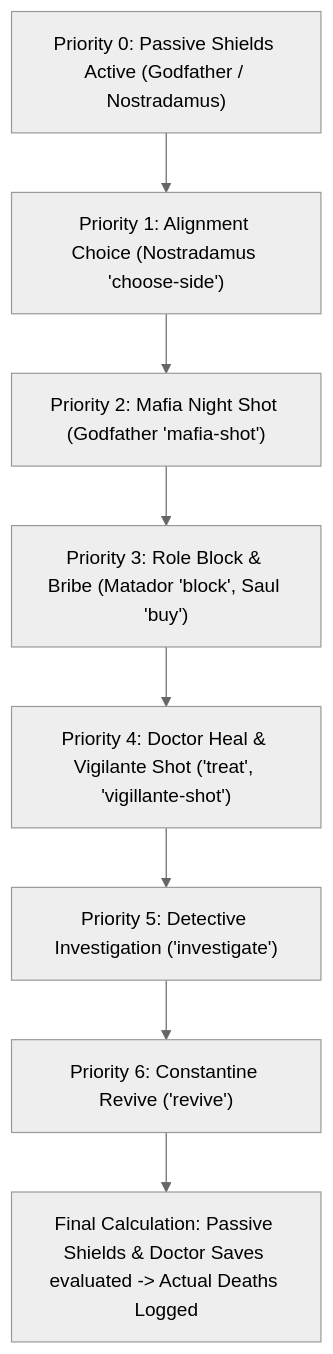
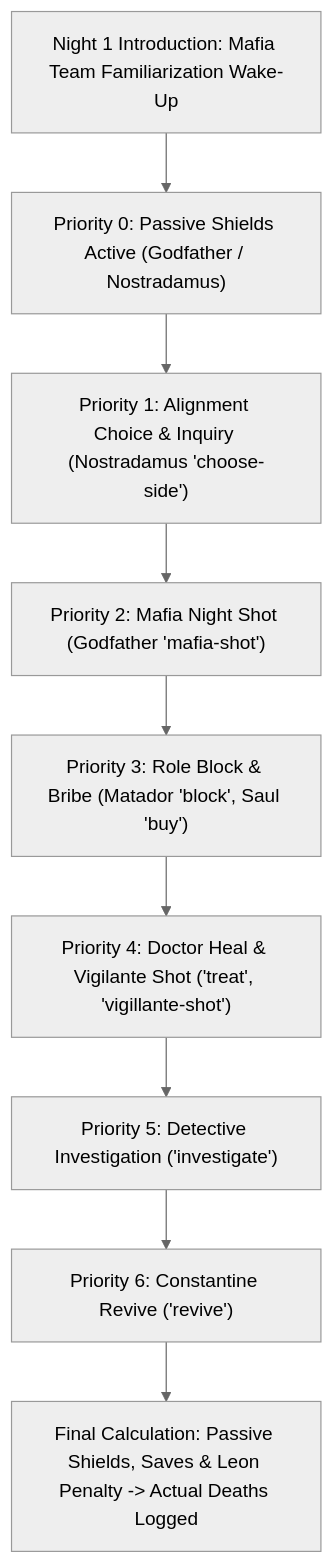
Before and after one commit to aheristchian/mpga: the diagram in docs/rules.md, drawn with Mermaid (neutral theme). The commit also changed other lines of this file and 26 other files, not shown here.

Commit message:
feat: add Persian localization, Leon penalty mechanics, Day challenge, and Night 1 intro

````diff
--- a/docs/rules.md
+++ b/docs/rules.md
@@ -87,13 +86,14 @@
 ```mermaid
 flowchart TD
+    N1["Night 1 Introduction: Mafia Team Familiarization Wake-Up"]
     P0["Priority 0: Passive Shields Active (Godfather / Nostradamus)"]
-    P1["Priority 1: Alignment Choice (Nostradamus 'choose-side')"]
+    P1["Priority 1: Alignment Choice & Inquiry (Nostradamus 'choose-side')"]
     P2["Priority 2: Mafia Night Shot (Godfather 'mafia-shot')"]
     P3["Priority 3: Role Block & Bribe (Matador 'block', Saul 'buy')"]
     P4["Priority 4: Doctor Heal & Vigilante Shot ('treat', 'vigillante-shot')"]
     P5["Priority 5: Detective Investigation ('investigate')"]
     P6["Priority 6: Constantine Revive ('revive')"]
-    DEATHS["Final Calculation: Passive Shields & Doctor Saves evaluated -> Actual Deaths Logged"]
+    DEATHS["Final Calculation: Passive Shields, Saves & Leon Penalty -> Actual Deaths Logged"]
 
-    P0 --> P1 --> P2 --> P3 --> P4 --> P5 --> P6 --> DEATHS
+    N1 --> P0 --> P1 --> P2 --> P3 --> P4 --> P5 --> P6 --> DEATHS
 ```
````
